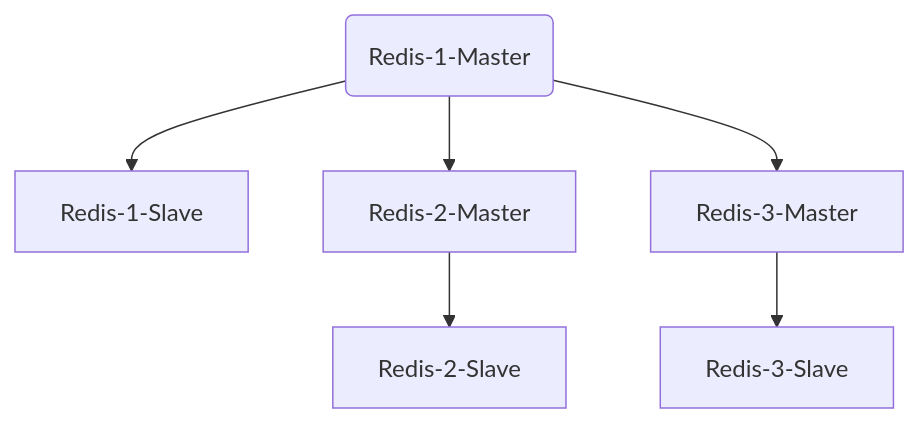
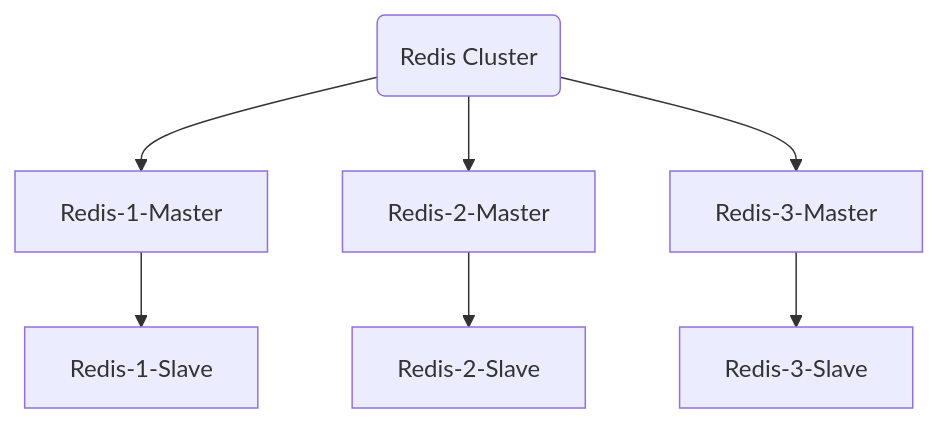
Before and after one commit to liuxu379/liuxu379.github.io: the diagram in _posts/2019-12-3-Redis-Cluster-集群.md, drawn with Mermaid. The commit also changed other lines of this file and 2 other files, not shown here.

````diff
--- a/_posts/2019-12-3-Redis-Cluster-集群.md
+++ b/_posts/2019-12-3-Redis-Cluster-集群.md
@@ -51,9 +42,10 @@
 ``` mermaid
 graph TD
-  A(Redis-1-Master)
-  A --> B[Redis-1-Slave]
+  A(Redis Cluster)
+  A --> B[Redis-1-Master]
+  B--> BB[Redis-1-Slave]
   A --> C[Redis-2-Master]
   A --> D[Redis-3-Master]
-  C --> E[Redis-2-Slave]
-  D --> F[Redis-3-Slave]
+  C --> CC[Redis-2-Slave]
+  D --> DD[Redis-3-Slave]
 ```
````
